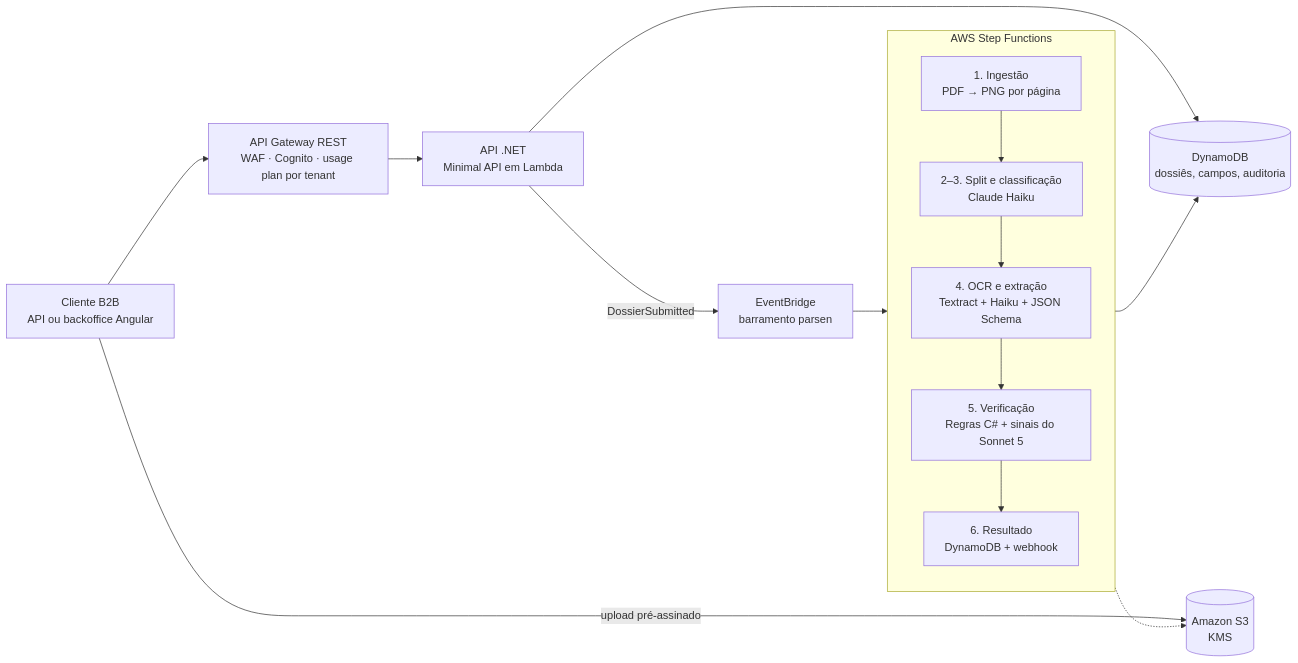
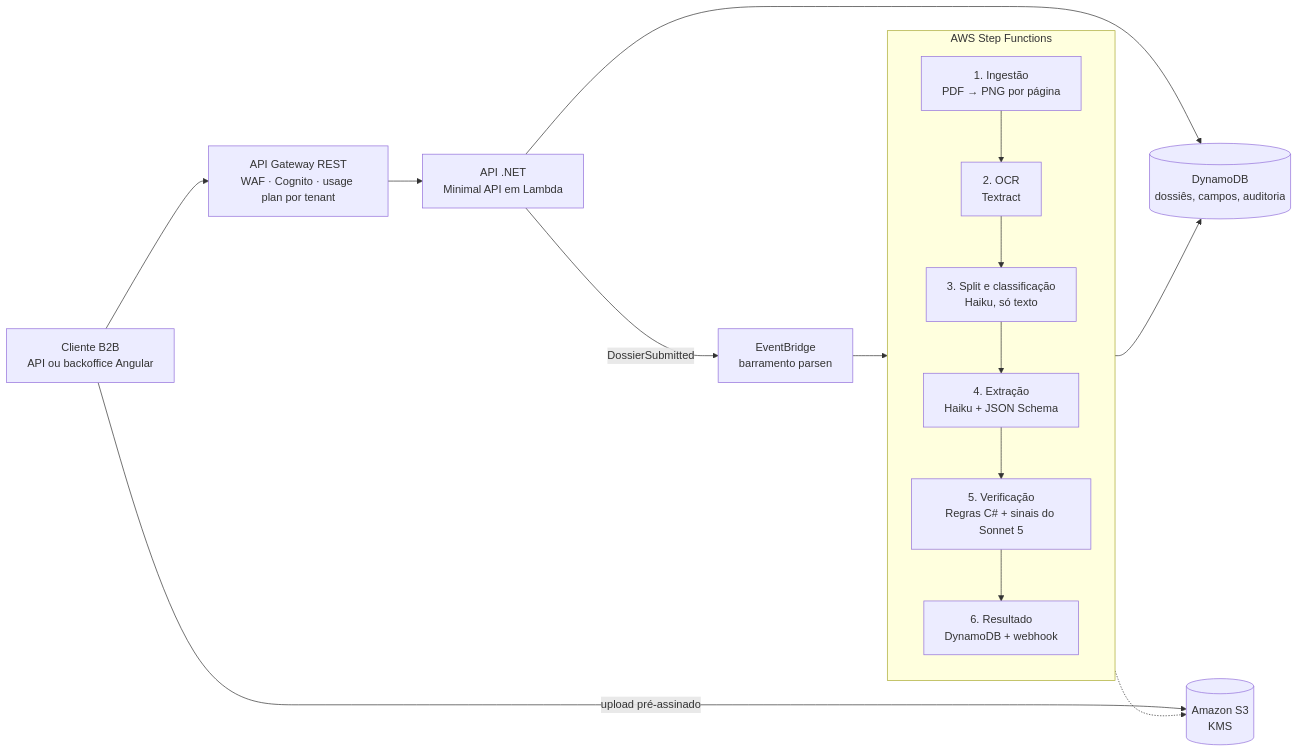
The diagram in docs/spec.md (parsen-idp/parsen), drawn with Mermaid before and after one commit. The commit also changed other lines of this file and 1 other file, not shown here.

````diff
--- a/docs/spec.md
+++ b/docs/spec.md
@@ -125,18 +125,19 @@
 ```mermaid
 flowchart LR
     C[Cliente B2B<br/>API ou backoffice Angular] --> GW[API Gateway REST<br/>WAF · Cognito · usage plan por tenant]
     GW --> API[API .NET<br/>Minimal API em Lambda]
     API --> DDB[(DynamoDB<br/>dossiês, campos, auditoria)]
     C -- upload pré-assinado --> S3[(Amazon S3<br/>KMS)]
     API -- DossierSubmitted --> EB[EventBridge<br/>barramento parsen]
     EB --> SF
     subgraph SF[AWS Step Functions]
         direction TB
-        S0[1. Ingestão<br/>PDF → PNG por página] --> S1[2–3. Split e classificação<br/>Claude Haiku]
-        S1 --> S2[4. OCR e extração<br/>Textract + Haiku + JSON Schema]
-        S2 --> S4[5. Verificação<br/>Regras C# + sinais do Sonnet 5]
+        S0[1. Ingestão<br/>PDF → PNG por página] --> S1[2. OCR<br/>Textract]
+        S1 --> S2[3. Split e classificação<br/>Haiku, só texto]
+        S2 --> S3x[4. Extração<br/>Haiku + JSON Schema]
+        S3x --> S4[5. Verificação<br/>Regras C# + sinais do Sonnet 5]
         S4 --> S5[6. Resultado<br/>DynamoDB + webhook]
     end
     S0 -.-> S3
     S5 --> DDB
 ```
````
